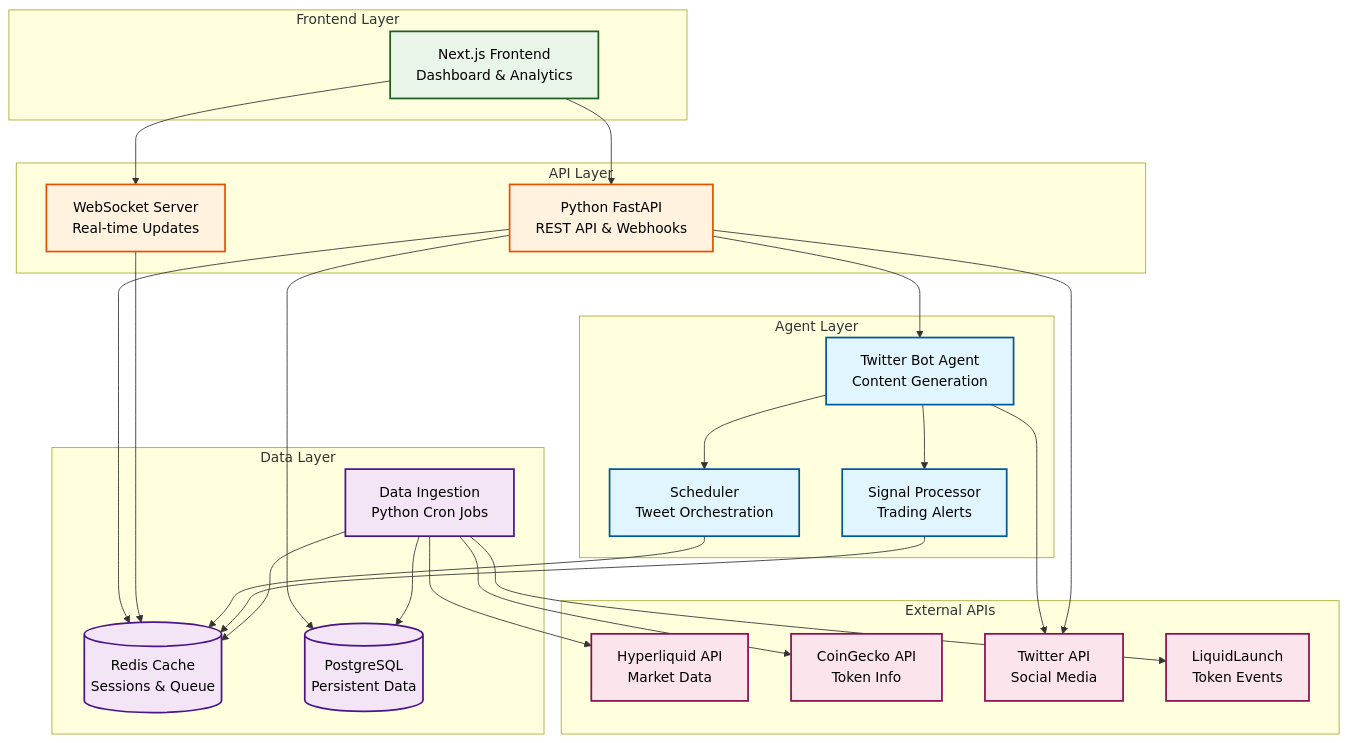
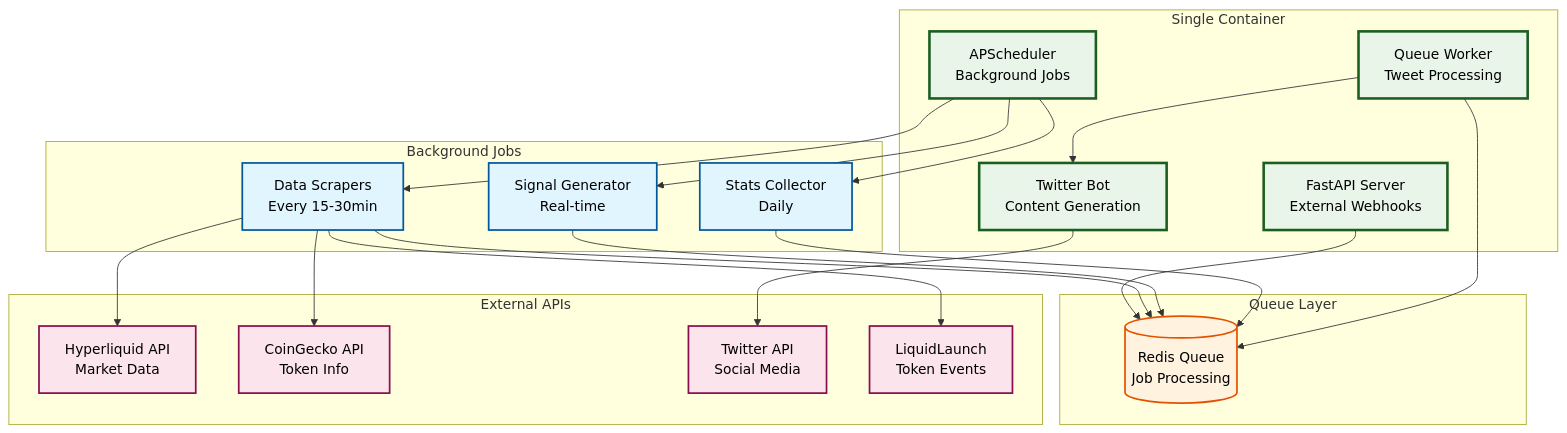
One commit to hypexbt/hypexbt changed the diagram in README.md. Above: the diagram before and after it, drawn with Mermaid. The commit also changed other lines of this file and 1 other file, not shown here.

Commit message:
docs: update architecture to single container + Redis queue - Updated README.md and arch.md to reflect single-container architecture with Redis queue processing, background jobs, and future scaling path

````diff
--- a/README.md
+++ b/README.md
@@ -16,63 +18,53 @@
 ```mermaid
 graph TB
-    subgraph "Frontend Layer"
-        FE[Next.js Frontend<br/>Dashboard & Analytics]
+    subgraph "Single Container"
+        API[FastAPI Server<br/>External Webhooks]
+        SCHED[APScheduler<br/>Background Jobs]
+        WORKER[Queue Worker<br/>Tweet Processing]
+        BOT[Twitter Bot<br/>Content Generation]
     end
 
-    subgraph "API Layer"
-        API[Python FastAPI<br/>REST API & Webhooks]
-        WS[WebSocket Server<br/>Real-time Updates]
+    subgraph "Queue Layer"
+        REDIS[(Redis Queue<br/>Job Processing)]
     end
 
-    subgraph "Agent Layer"
-        BOT[Twitter Bot Agent<br/>Content Generation]
-        SCHED[Scheduler<br/>Tweet Orchestration]
-        SIGNAL[Signal Processor<br/>Trading Alerts]
-    end
-
-    subgraph "Data Layer"
-        CRON[Data Ingestion<br/>Python Cron Jobs]
-        REDIS[(Redis Cache<br/>Sessions & Queue)]
-        PG[(PostgreSQL<br/>Persistent Data)]
+    subgraph "Background Jobs"
+        SCRAPE[Data Scrapers<br/>Every 15-30min]
+        SIGNAL[Signal Generator<br/>Real-time]
+        STATS[Stats Collector<br/>Daily]
     end
 
     subgraph "External APIs"
         HL[Hyperliquid API<br/>Market Data]
         CG[CoinGecko API<br/>Token Info]
         TW[Twitter API<br/>Social Media]
         LL[LiquidLaunch<br/>Token Events]
     end
 
-    FE --> API
-    FE --> WS
-    API --> BOT
     API --> REDIS
-    API --> PG
-    WS --> REDIS
+    SCHED --> SCRAPE
+    SCHED --> SIGNAL
+    SCHED --> STATS
 
-    BOT --> SCHED
-    BOT --> SIGNAL
-    SCHED --> REDIS
+    SCRAPE --> REDIS
     SIGNAL --> REDIS
+    STATS --> REDIS
 
-    CRON --> HL
-    CRON --> CG
-    CRON --> LL
-    CRON --> PG
-    CRON --> REDIS
+    WORKER --> REDIS
+    WORKER --> BOT
+    BOT --> TW
 
-    BOT --> TW
-    API --> TW
+    SCRAPE --> HL
+    SCRAPE --> CG
+    SCRAPE --> LL
 
-    classDef frontend fill:#e8f5e8,stroke:#1b5e20,stroke-width:2px,color:#000
-    classDef api fill:#fff3e0,stroke:#e65100,stroke-width:2px,color:#000
-    classDef agent fill:#e1f5fe,stroke:#01579b,stroke-width:2px,color:#000
-    classDef data fill:#f3e5f5,stroke:#4a148c,stroke-width:2px,color:#000
+    classDef container fill:#e8f5e8,stroke:#1b5e20,stroke-width:3px,color:#000
+    classDef queue fill:#fff3e0,stroke:#e65100,stroke-width:2px,color:#000
+    classDef jobs fill:#e1f5fe,stroke:#01579b,stroke-width:2px,color:#000
     classDef external fill:#fce4ec,stroke:#880e4f,stroke-width:2px,color:#000
 
-    class FE frontend
-    class API,WS api
-    class BOT,SCHED,SIGNAL agent
-    class CRON,REDIS,PG data
+    class API,SCHED,WORKER,BOT container
+    class REDIS queue
+    class SCRAPE,SIGNAL,STATS jobs
     class HL,CG,TW,LL external
 ```
````
